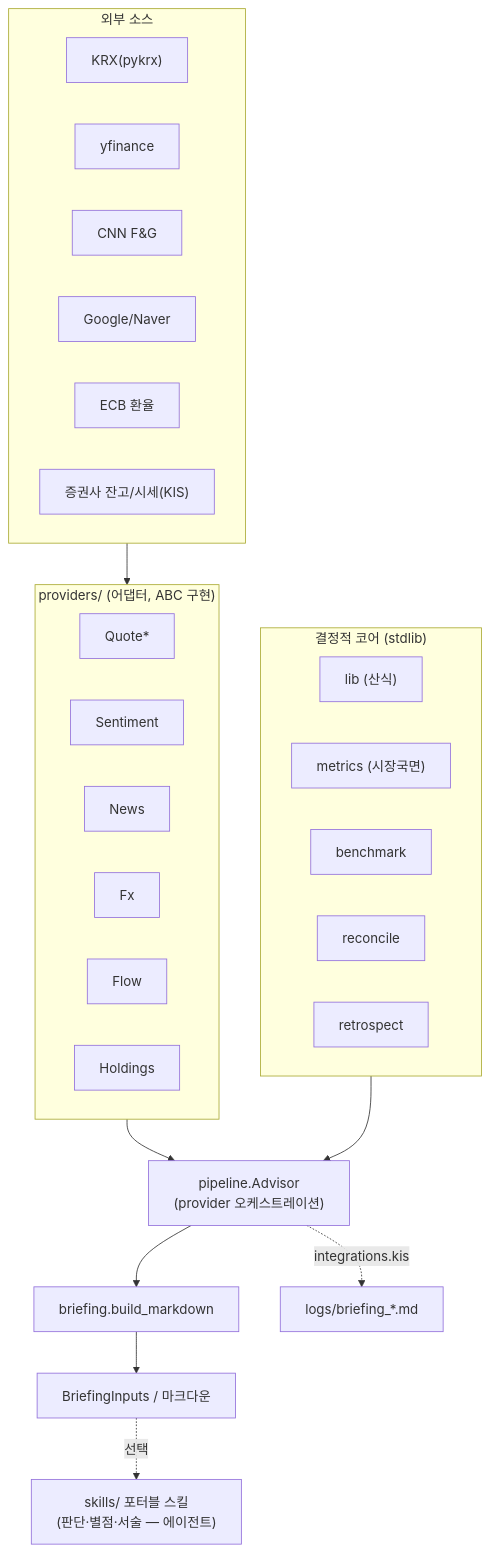
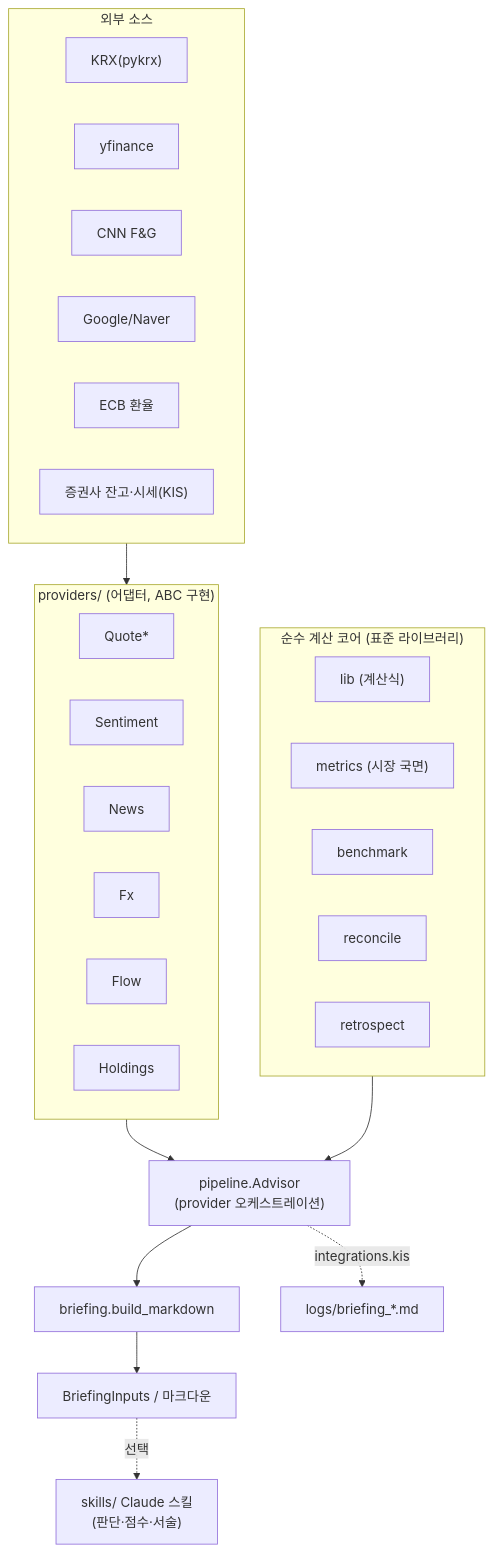
Before and after one commit to hhj3258/StockBrief: the diagram in ARCHITECTURE.md, drawn with Mermaid. The commit also changed other lines of this file and 3 other files, not shown here.

First line of the commit message:
docs: 문서 문체·용어 정리 (README·ARCHITECTURE·USAGE)

````diff
--- a/ARCHITECTURE.md
+++ b/ARCHITECTURE.md
@@ -21,25 +21,25 @@
 ```mermaid
 flowchart TD
   subgraph SRC["외부 소스"]
     direction LR
-    S1["KRX(pykrx)"]; S2["yfinance"]; S3["CNN F&G"]; S4["Google/Naver"]; S5["ECB 환율"]; S6["증권사 잔고/시세(KIS)"]
+    S1["KRX(pykrx)"]; S2["yfinance"]; S3["CNN F&G"]; S4["Google/Naver"]; S5["ECB 환율"]; S6["증권사 잔고·시세(KIS)"]
   end
   subgraph PROV["providers/ (어댑터, ABC 구현)"]
     direction LR
     P1["Quote*"]; P2["Sentiment"]; P3["News"]; P4["Fx"]; P5["Flow"]; P6["Holdings"]
   end
-  subgraph CORE["결정적 코어 (stdlib)"]
+  subgraph CORE["순수 계산 코어 (표준 라이브러리)"]
     direction LR
-    L1["lib (산식)"]; L2["metrics (시장국면)"]; L3["benchmark"]; L4["reconcile"]; L5["retrospect"]
+    L1["lib (계산식)"]; L2["metrics (시장 국면)"]; L3["benchmark"]; L4["reconcile"]; L5["retrospect"]
   end
   PIPE["pipeline.Advisor<br/>(provider 오케스트레이션)"]
   BR["briefing.build_markdown"]
   OUT["BriefingInputs / 마크다운"]
-  SKILL["skills/ 포터블 스킬<br/>(판단·별점·서술 — 에이전트)"]
+  SKILL["skills/ Claude 스킬<br/>(판단·점수·서술)"]
 
   SRC --> PROV --> PIPE
   CORE --> PIPE
   PIPE --> BR --> OUT
   OUT -.->|선택| SKILL
   PIPE -.->|integrations.kis| KIS["logs/briefing_*.md"]
 ```
````
